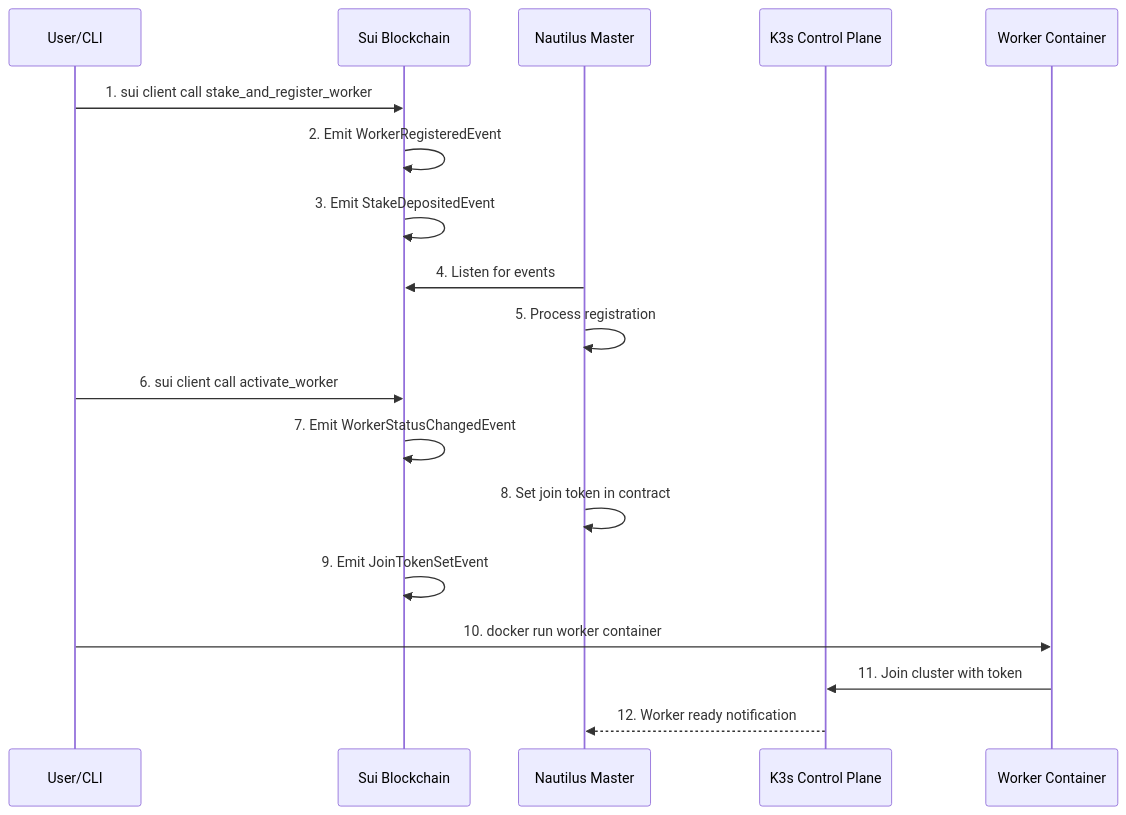
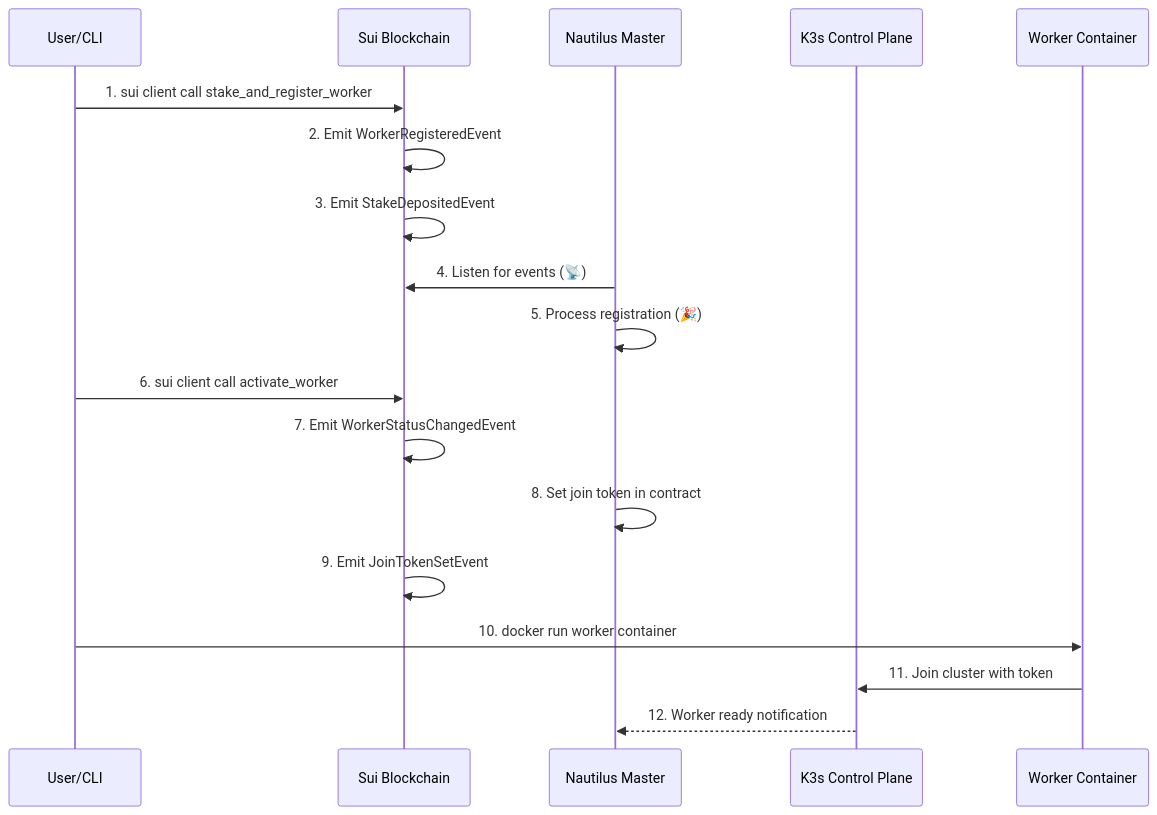
Before and after one commit to DAAS-Vader/.github: the third of 4 diagrams in profile/readme.md, drawn with Mermaid. The commit also changed other lines of this file, not shown here.

````diff
--- a/profile/readme.md
+++ b/profile/readme.md
@@ -166,21 +222,21 @@
 ```mermaid
 sequenceDiagram
     participant U as User/CLI
     participant B as Sui Blockchain
     participant N as Nautilus Master
     participant K as K3s Control Plane
     participant W as Worker Container
 
     U->>B: 1. sui client call stake_and_register_worker
     B->>B: 2. Emit WorkerRegisteredEvent
     B->>B: 3. Emit StakeDepositedEvent
-    N->>B: 4. Listen for events 
-    N->>N: 5. Process registration 
+    N->>B: 4. Listen for events (📡)
+    N->>N: 5. Process registration (🎉)
     U->>B: 6. sui client call activate_worker
     B->>B: 7. Emit WorkerStatusChangedEvent
     N->>N: 8. Set join token in contract
     B->>B: 9. Emit JoinTokenSetEvent
     U->>W: 10. docker run worker container
     W->>K: 11. Join cluster with token
     K-->>N: 12. Worker ready notification
 ```
````
